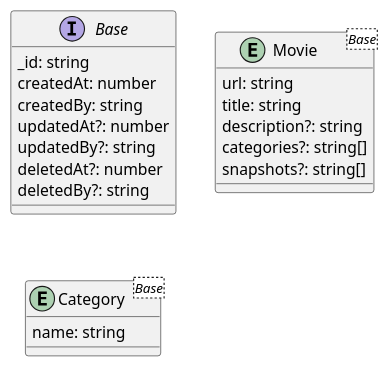
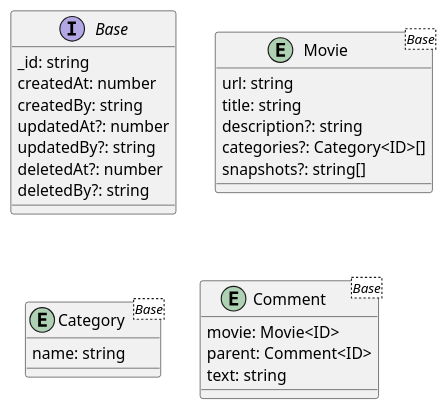
The diagram in docs/database.puml (eduardo-schork/video-streaming-service), drawn with PlantUML before and after one commit. The commit also changed 52 other files, not shown here.

```diff
--- a/docs/database.puml
+++ b/docs/database.puml
@@ -1,25 +1,33 @@
 @startuml
 
 interface Base {
   _id: string
   createdAt: number
   createdBy: string
   updatedAt?: number
   updatedBy?: string
   deletedAt?: number
   deletedBy?: string
 }
 
 entity Movie<Base> {
   url: string
   title: string
   description?: string
-  categories?: string[]
+  categories?: Category<ID>[]
   snapshots?: string[]
 }
 
 entity Category<Base> {
   name: string
 }
 
+entity Comment<Base>{
+  movie: Movie<ID>
+  parent: Comment<ID>
+  text: string
+}
+
+
+
 @enduml
```
